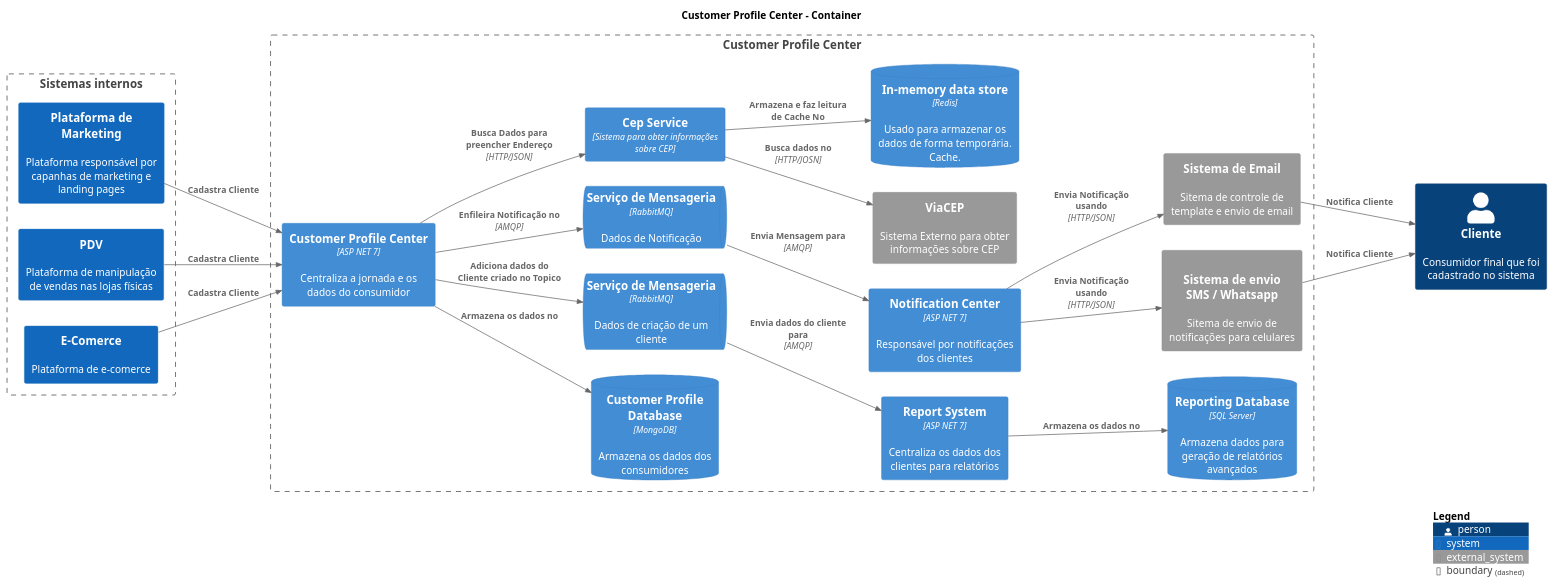
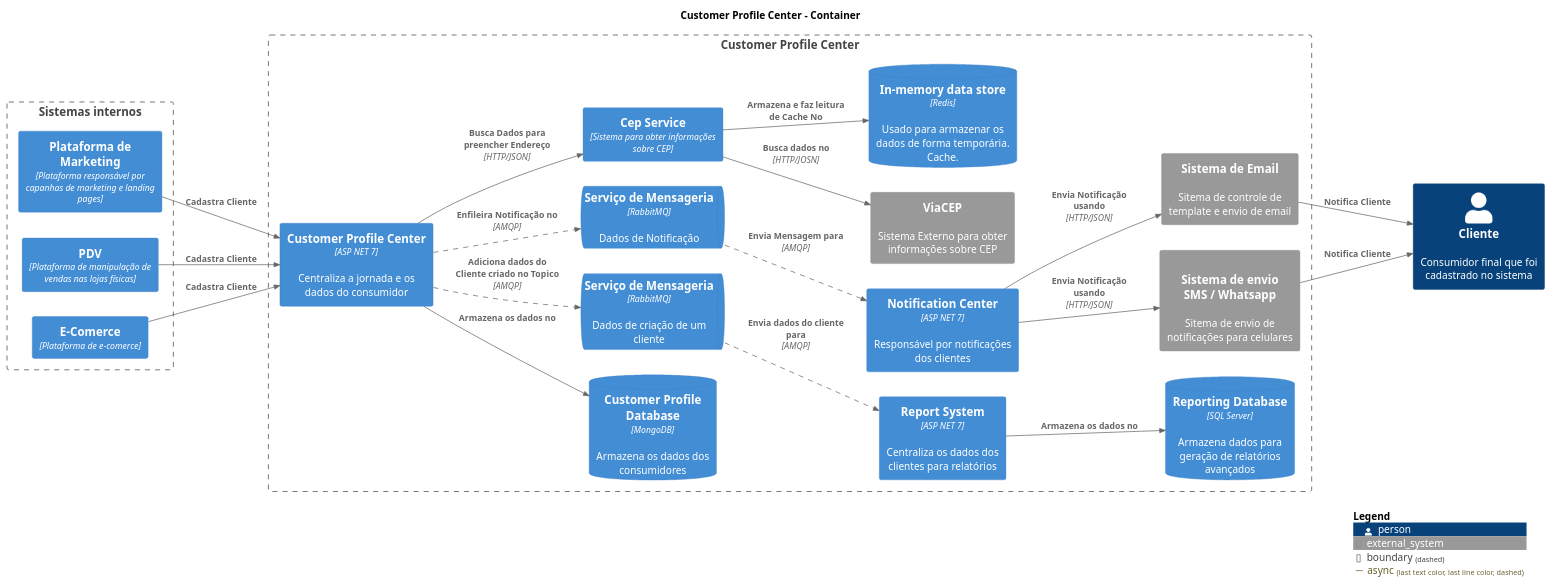
The diagram in Docs/2 - Container/Container.puml (CristianoRC/CustomerProfileCenter), drawn with PlantUML before and after one commit.

Commit message:
Adiciona linha de comunicação async

```diff
--- a/Docs/2 - Container/Container.puml
+++ b/Docs/2 - Container/Container.puml
@@ -1,63 +1,64 @@
 @startuml
 !include https://raw.githubusercontent.com/plantuml-stdlib/C4-PlantUML/master/C4_Container.puml
 !include https://raw.githubusercontent.com/plantuml-stdlib/C4-PlantUML/master/C4_Context.puml
 
 LAYOUT_LANDSCAPE()
 TITLE Customer Profile Center - Container
 
+AddRelTag("async", $lineStyle= DashedLine())
+
 Person(customer, "Cliente", "Consumidor final que foi cadastrado no sistema")
 
-
 Boundary(internalProducersBoundary, "Sistemas internos") {
-    System(marketingPlatform, "Plataforma de Marketing", "Plataforma responsável por capanhas de marketing e landing pages")
-    System(pdvPlatforma, "PDV", "Plataforma de manipulação de vendas nas lojas físicas")
-    System(ecomerPlatform, "E-Comerce", "Plataforma de e-comerce")
+    Container(marketingPlatform, "Plataforma de Marketing", "Plataforma responsável por capanhas de marketing e landing pages")
+    Container(pdvPlatforma, "PDV", "Plataforma de manipulação de vendas nas lojas físicas")
+    Container(ecomerPlatform, "E-Comerce", "Plataforma de e-comerce")
 }
 
 Boundary(customerProfileCenterBoundary, "Customer Profile Center") {
     Container(customerProfileCenter, "Customer Profile Center","ASP NET 7", "Centraliza a jornada e os dados do consumidor")
     ContainerDb(customerProfileDb, "Customer Profile Database", "MongoDB", "Armazena os dados dos consumidores")
 
     Container(reportSystem, "Report System","ASP NET 7", "Centraliza os dados dos clientes para relatórios")
     ContainerDb(reportingDb, "Reporting Database", "SQL Server", "Armazena dados para geração de relatórios avançados")
     ContainerQueue(rabbitMqReport, "Serviço de Mensageria", "RabbitMQ", "Dados de criação de um cliente")
 
     Container(notificationCenter, "Notification Center", "ASP NET 7",  "Responsável por notificações dos clientes")
     ContainerQueue(rabbitMqNotification, "Serviço de Mensageria", "RabbitMQ", "Dados de Notificação")
     System_Ext(emailService, "Sistema de Email", "Sitema de controle de template e envio de email")
     System_Ext(phoneService, "Sistema de envio \n SMS / Whatsapp", "Sitema de envio de notificações para celulares", "HTTP/JSON")
 
     System_Ext(viaCep, "ViaCEP", "Sistema Externo para obter informações sobre CEP")
     Container(cepService, "Cep Service", "Sistema para obter informações sobre CEP")
     ContainerDb(platformCache, "In-memory data store", "Redis", "Usado para armazenar os dados de forma temporária. Cache.")
 }
 
 'Relacionamento dos clientes
 Rel(ecomerPlatform, customerProfileCenter, "Cadastra Cliente", "")
 Rel(pdvPlatforma, customerProfileCenter, "Cadastra Cliente", "")
 Rel(marketingPlatform, customerProfileCenter, "Cadastra Cliente", "")
 
 'Relacionamentos com o Customer Profile
 Rel(customerProfileCenter, customerProfileDb, "Armazena os dados no", "")
 Rel(customerProfileCenter, cepService, "Busca Dados para preencher Endereço", "HTTP/JSON")
-Rel(customerProfileCenter, rabbitMqReport, "Adiciona dados do Cliente criado no Topico", "")
+Rel(customerProfileCenter, rabbitMqReport, "Adiciona dados do Cliente criado no Topico", "AMQP", $tags = "async")
 
 'Relacionamentos do reportSystem
 Rel(reportSystem, reportingDb, "Armazena os dados no", "")
-Rel(rabbitMqReport, reportSystem, "Envia dados do cliente para", "AMQP")
+Rel(rabbitMqReport, reportSystem, "Envia dados do cliente para", "AMQP", $tags = "async")
 
 
 'Relacionamentos do sistema de Cep
 Rel(cepService, viaCep, "Busca dados no", "HTTP/JOSN")
 Rel(cepService, platformCache, "Armazena e faz leitura de Cache No")
 
 'Relacionamentos com os sistemas de notificação
-Rel(customerProfileCenter, rabbitMqNotification, "Enfileira Notificação no", "AMQP")
-Rel(rabbitMqNotification, notificationCenter, "Envia Mensagem para", "AMQP")
+Rel(customerProfileCenter, rabbitMqNotification, "Enfileira Notificação no", "AMQP", $tags = "async")
+Rel(rabbitMqNotification, notificationCenter, "Envia Mensagem para", "AMQP", $tags = "async")
 Rel(notificationCenter, emailService, "Envia Notificação usando", "HTTP/JSON")
 Rel(notificationCenter, phoneService, "Envia Notificação usando", "HTTP/JSON")
 Rel(emailService, customer, "Notifica Cliente", "")
 Rel(phoneService, customer, "Notifica Cliente", "")
 
 SHOW_LEGEND()
 @enduml
```
